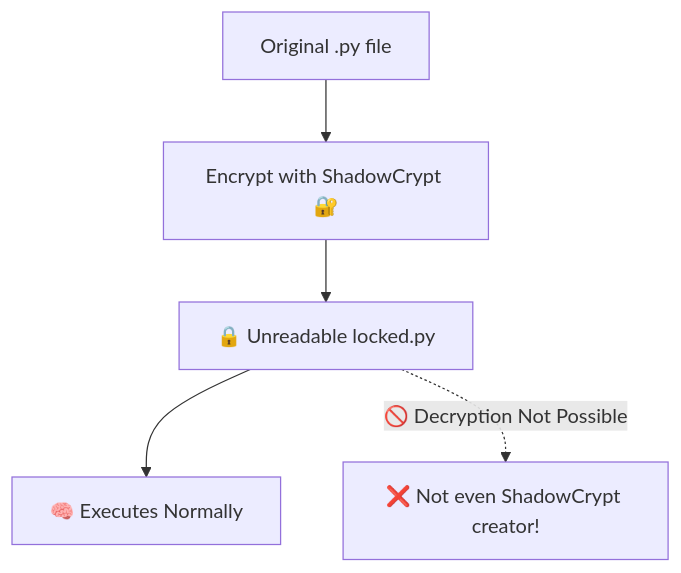
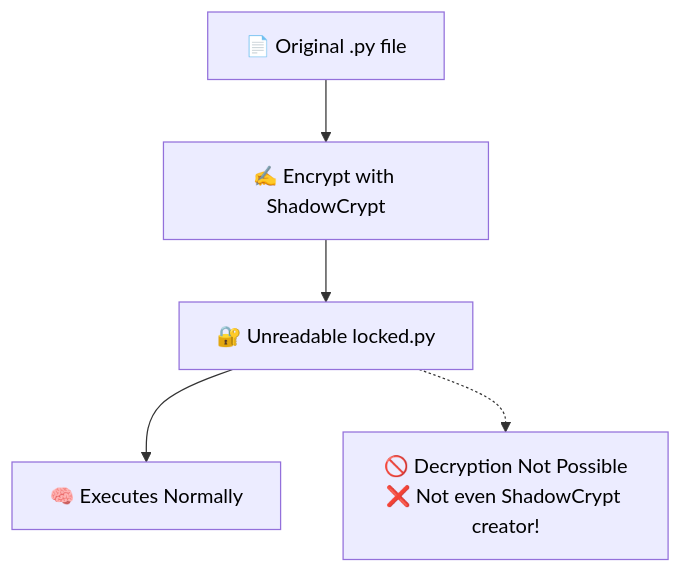
One commit to AFTeam-Owner/shadowcrypt changed the diagram in README.md. Above: the diagram before and after it, drawn with Mermaid.

````diff
--- a/README.md
+++ b/README.md
@@ -27,7 +27,8 @@
 ```mermaid
+%%{ init { 'theme': 'default', 'themeVariables': { 'primaryColor': '#9b59b6', 'edgeLabelBackground':'#ffffff', 'fontSize':'16px', 'fontFamily':'Fira Code', 'textColor': '#000000' } } }%%
 graph TD
-    A[Original .py file] --> B[Encrypt with ShadowCrypt 🔐]
-    B --> C[🔒 Unreadable locked.py]
+    A[📄 Original .py file] --> B[✍️ Encrypt with ShadowCrypt]
+    B --> C[🔐 Unreadable locked.py]
     C --> D[🧠 Executes Normally]
-    C -. 🚫 Decryption Not Possible .-> X[❌ Not even ShadowCrypt creator!]
+    C -.-> E[🚫 Decryption Not Possible<br>❌ Not even ShadowCrypt creator!]
 ```
````
